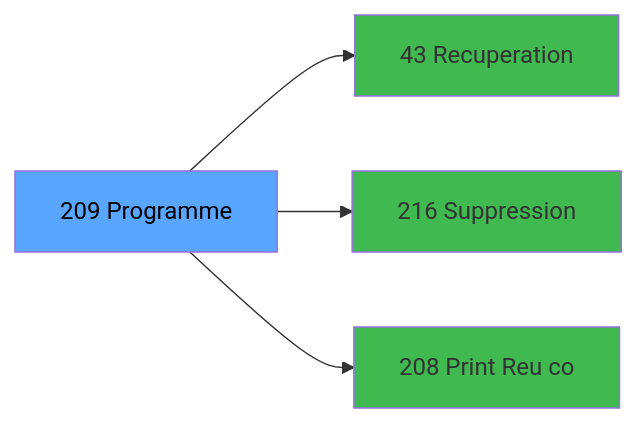
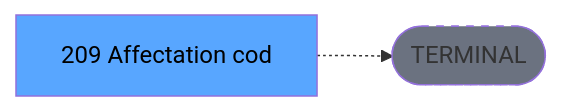
The third of 3 diagrams in .openspec/renders/ADH-IDE-209.md (thonyAGP/lecteur-magic), drawn with Mermaid before and after one commit. The commit also changed other lines of this file and 701 other files, not shown here.

````diff
--- a/.openspec/renders/ADH-IDE-209.md
+++ b/.openspec/renders/ADH-IDE-209.md
@@ -164,14 +154,8 @@
 ```mermaid
 graph LR
-    T[209 Programme]
-    C43[43 Recuperation]
-    T --> C43
-    C216[216 Suppression ]
-    T --> C216
-    C208[208 Print Reu co]
-    T --> C208
+    T[209 Affectation cod]
+    TERM([TERMINAL])
+    T -.-> TERM
+    style TERM fill:#6b7280,stroke-dasharray: 5 5
     style T fill:#58a6ff,color:#000
-    style C43 fill:#3fb950
-    style C216 fill:#3fb950
-    style C208 fill:#3fb950
 ```
````
